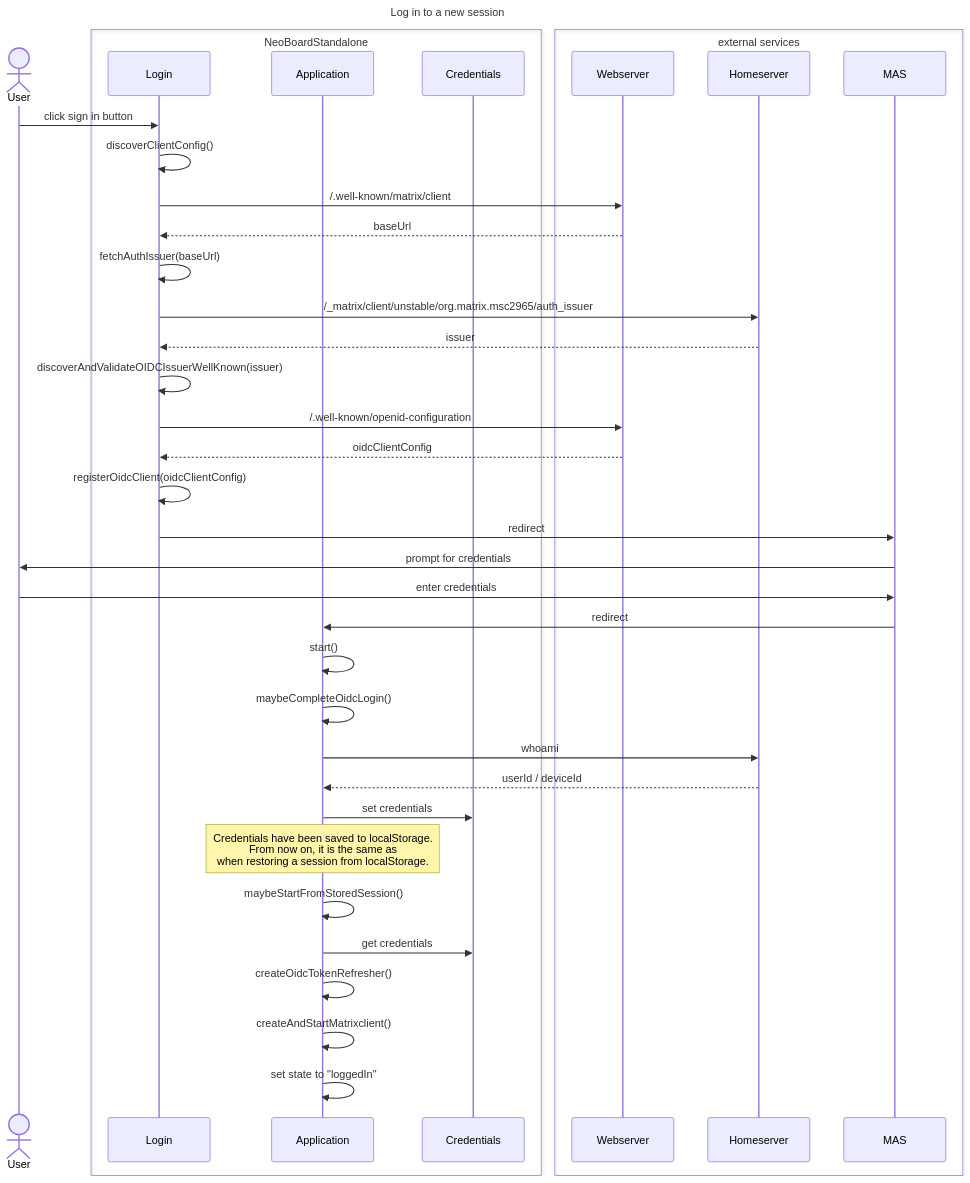
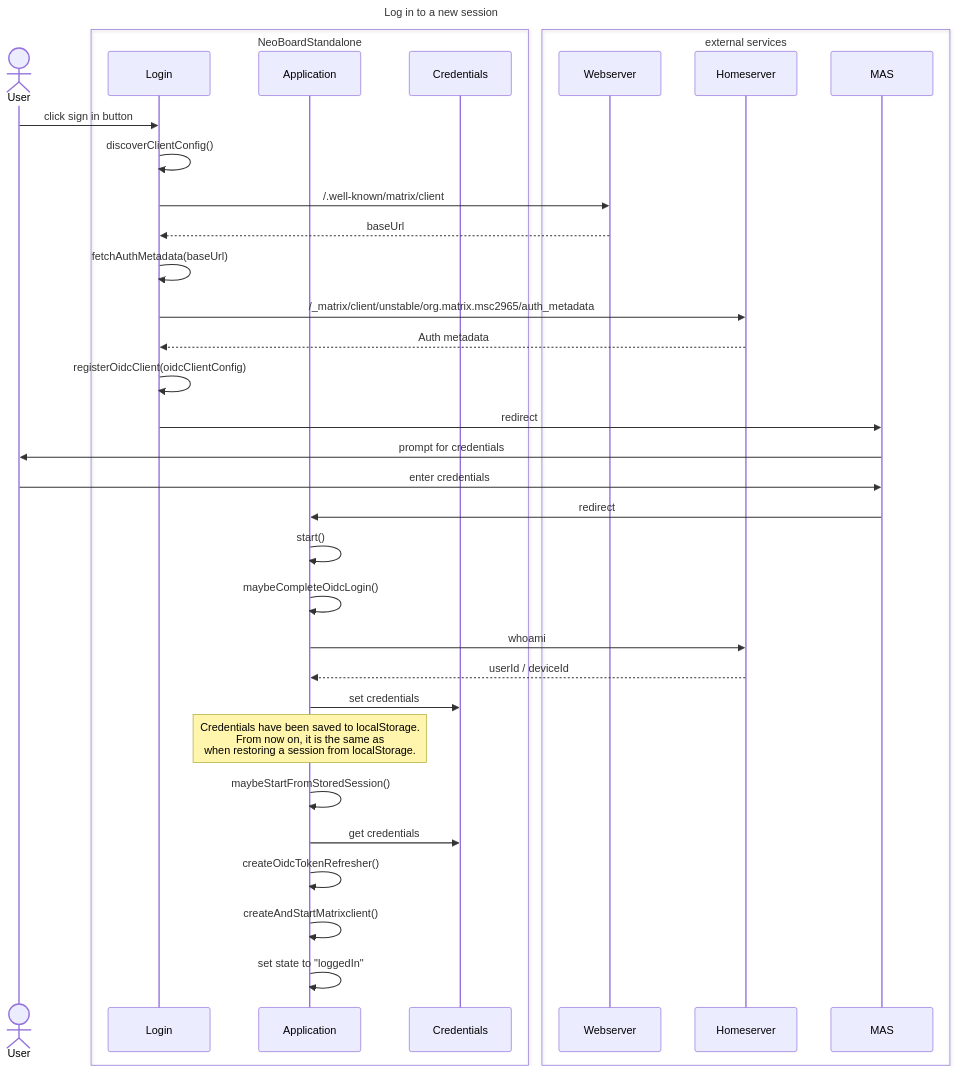
Before and after one commit to nordeck/matrix-neoboard-standalone: the diagram in docs/architecture.md, drawn with Mermaid. The commit also changed 17 other files, not shown here.

Commit message:
Update OIDC authentication to use /auth_metadata endpoint

````diff
--- a/docs/architecture.md
+++ b/docs/architecture.md
@@ -7,45 +7,42 @@
 ```mermaid
 sequenceDiagram
   title: Log in to a new session
 
   actor User
 
   box NeoBoardStandalone
     participant Login
     participant Application
     participant Credentials
   end
 
   box external services
     participant Webserver
     participant Homeserver
     participant MAS
   end
 
   User ->> Login: click sign in button
   Login ->> Login: discoverClientConfig()
   Login ->> Webserver: /.well-known/matrix/client
   Webserver -->> Login: baseUrl
-  Login ->> Login: fetchAuthIssuer(baseUrl)
-  Login ->> Homeserver: /_matrix/client/unstable/org.matrix.msc2965/auth_issuer
-  Homeserver -->> Login: issuer
-  Login ->> Login: discoverAndValidateOIDCIssuerWellKnown(issuer)
-  Login ->> Webserver: /.well-known/openid-configuration
-  Webserver -->> Login: oidcClientConfig
+  Login ->> Login: fetchAuthMetadata(baseUrl)
+  Login ->> Homeserver: /_matrix/client/unstable/org.matrix.msc2965/auth_metadata
+  Homeserver -->> Login: Auth metadata
   Login ->> Login: registerOidcClient(oidcClientConfig)
   Login ->> MAS: redirect
   MAS ->> User: prompt for credentials
   User ->> MAS: enter credentials
   MAS ->> Application: redirect
   Application ->> Application: start()
   Application ->> Application: maybeCompleteOidcLogin()
   Application ->> Homeserver: whoami
   Homeserver -->> Application: userId / deviceId
   Application ->> Credentials: set credentials
   Note over Application: Credentials have been saved to localStorage.<br />From now on, it is the same as<br />when restoring a session from localStorage.
   Application ->> Application: maybeStartFromStoredSession()
   Application ->> Credentials: get credentials
   Application ->> Application: createOidcTokenRefresher()
   Application ->> Application: createAndStartMatrixclient()
   Application ->> Application: set state to "loggedIn"
 ```
````
